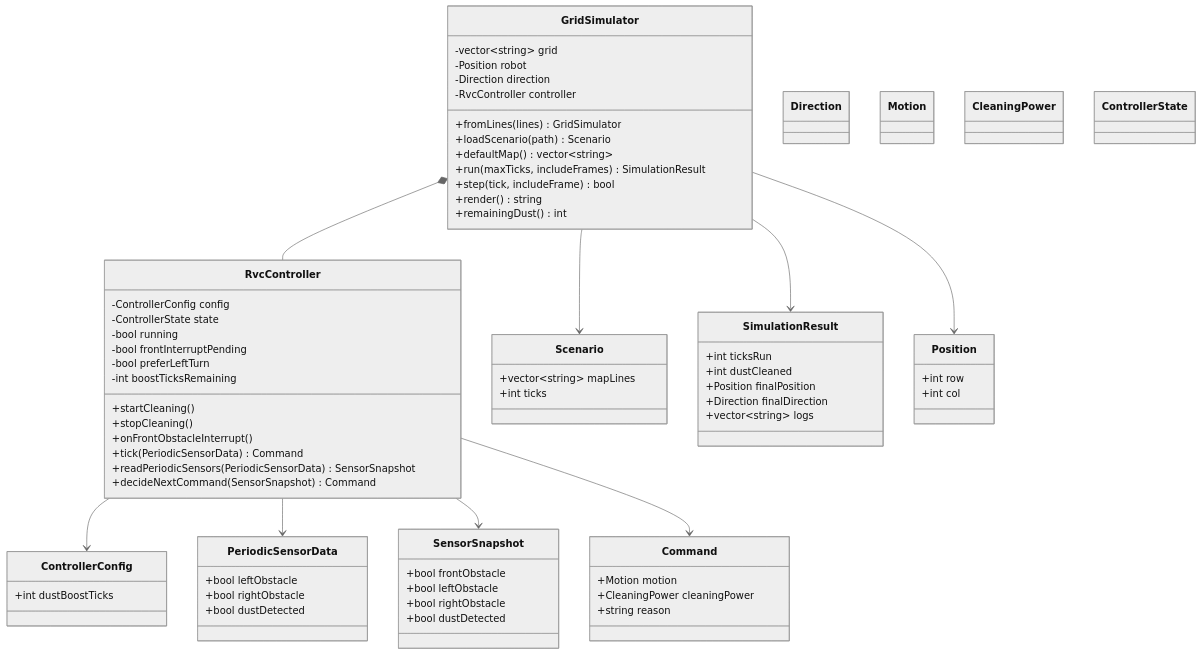
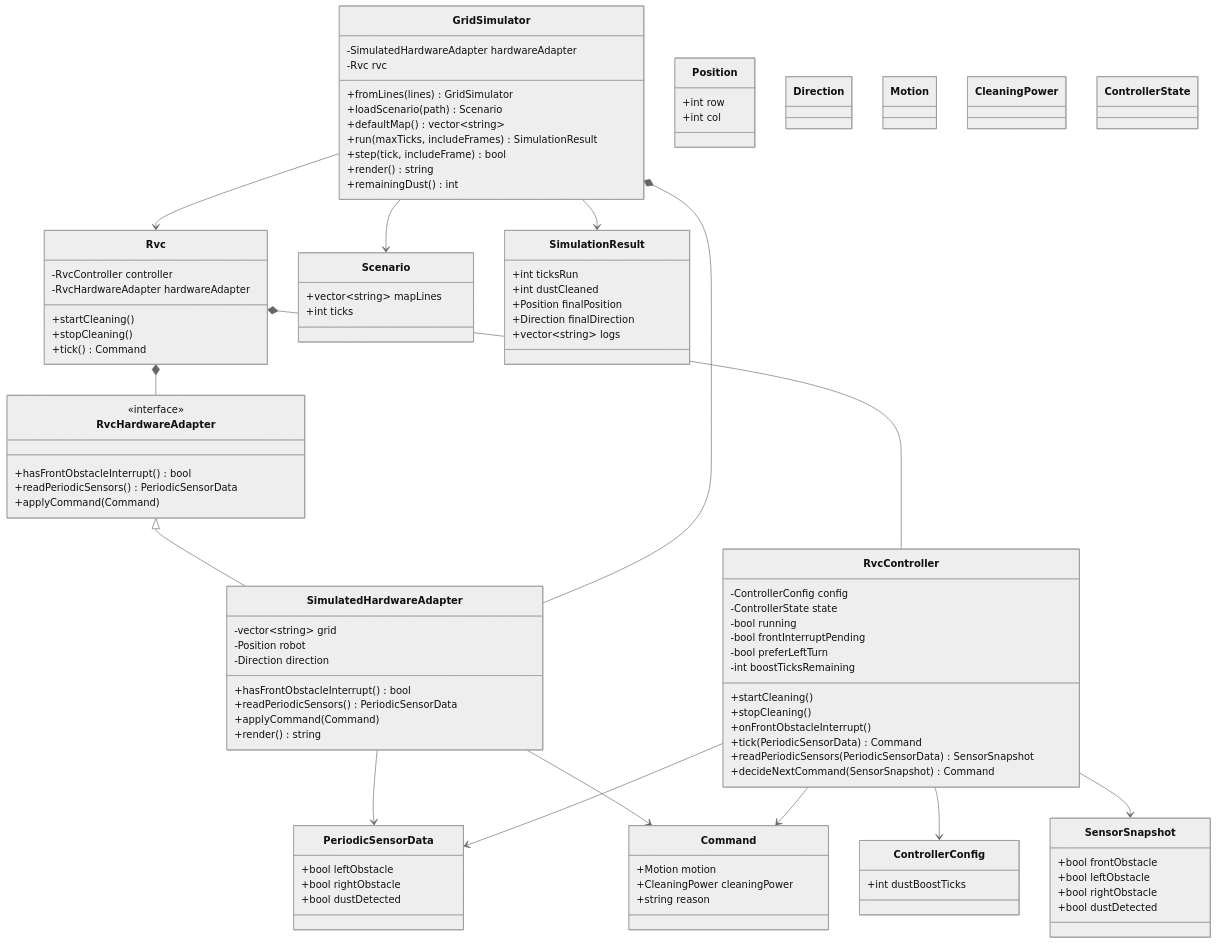
One commit to reload02/ooad-vibe changed the diagram in docs/ood_class_diagram.md. Above: the diagram before and after it, drawn with Mermaid (neutral theme). The commit also changed other lines of this file and 15 other files, not shown here.

First line of the commit message:
Refactor RVC Control System Architecture

````diff
--- a/docs/ood_class_diagram.md
+++ b/docs/ood_class_diagram.md
@@ -5,5 +9,13 @@
 ```mermaid
 classDiagram
+    class Rvc {
+        -RvcController controller
+        -RvcHardwareAdapter hardwareAdapter
+        +startCleaning()
+        +stopCleaning()
+        +tick() Command
+    }
+
     class RvcController {
         -ControllerConfig config
         -ControllerState state
@@ -42,11 +54,26 @@
         +string reason
     }
 
-    class GridSimulator {
+    class RvcHardwareAdapter {
+        <<interface>>
+        +hasFrontObstacleInterrupt() bool
+        +readPeriodicSensors() PeriodicSensorData
+        +applyCommand(Command)
+    }
+
+    class SimulatedHardwareAdapter {
         -vector~string~ grid
         -Position robot
         -Direction direction
-        -RvcController controller
+        +hasFrontObstacleInterrupt() bool
+        +readPeriodicSensors() PeriodicSensorData
+        +applyCommand(Command)
+        +render() string
+    }
+
+    class GridSimulator {
+        -SimulatedHardwareAdapter hardwareAdapter
+        -Rvc rvc
         +fromLines(lines) GridSimulator
         +loadScenario(path) Scenario
         +defaultMap() vector~string~
@@ -79,12 +106,17 @@
     class CleaningPower
     class ControllerState
 
+    Rvc *-- RvcController
+    Rvc *-- RvcHardwareAdapter
+    RvcHardwareAdapter <|-- SimulatedHardwareAdapter
+    SimulatedHardwareAdapter --> PeriodicSensorData
+    SimulatedHardwareAdapter --> Command
     RvcController --> ControllerConfig
     RvcController --> PeriodicSensorData
     RvcController --> SensorSnapshot
     RvcController --> Command
-    GridSimulator *-- RvcController
+    GridSimulator *-- SimulatedHardwareAdapter
+    GridSimulator --> Rvc
     GridSimulator --> Scenario
     GridSimulator --> SimulationResult
-    GridSimulator --> Position
 ```
````
